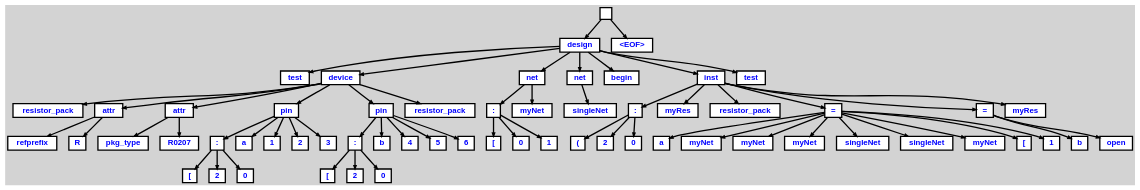
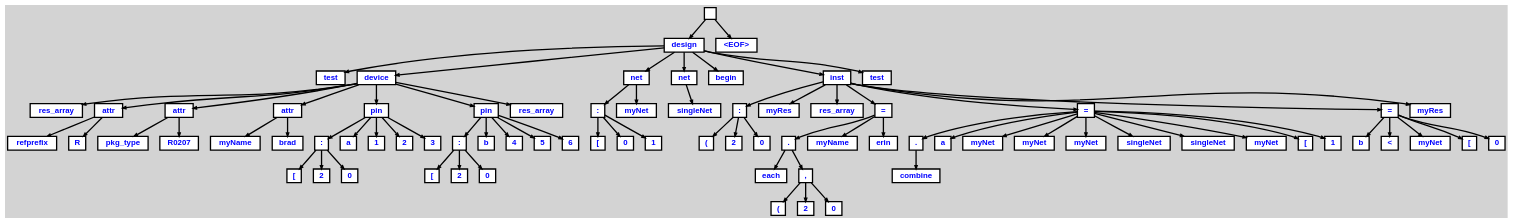
One commit to Augertron/PHDL.eclipse changed the diagram in projects/test_ast.dot. Above: the diagram before and after it, drawn with Graphviz. The commit also changed 14 other files, not shown here.

Commit message:
Got "each" syntax working for attribute assignments.  Now working on "each" and "combine" syntax for pin assignments.

```diff
--- a/projects/test_ast.dot
+++ b/projects/test_ast.dot
@@ -1,149 +1,188 @@
 digraph {
 
 	ordering=out;
 	ranksep=.4;
 	bgcolor="lightgrey"; node [shape=box, fixedsize=false, fontsize=12, fontname="Helvetica-bold", fontcolor="blue"
 		width=.25, height=.25, color="black", fillcolor="white", style="filled, solid, bold"];
 	edge [arrowsize=.5, color="black", style="bold"]
 
   n0 [label=""];
   n1 [label="design"];
   n1 [label="design"];
   n2 [label="test"];
   n3 [label="device"];
   n3 [label="device"];
-  n4 [label="resistor_pack"];
+  n4 [label="res_array"];
   n5 [label="attr"];
   n5 [label="attr"];
   n6 [label="refprefix"];
   n7 [label="R"];
   n8 [label="attr"];
   n8 [label="attr"];
   n9 [label="pkg_type"];
   n10 [label="R0207"];
-  n11 [label="pin"];
-  n11 [label="pin"];
-  n12 [label=":"];
-  n12 [label=":"];
-  n13 [label="["];
-  n14 [label="2"];
-  n15 [label="0"];
-  n16 [label="a"];
-  n17 [label="1"];
-  n18 [label="2"];
-  n19 [label="3"];
-  n20 [label="pin"];
-  n20 [label="pin"];
-  n21 [label=":"];
-  n21 [label=":"];
-  n22 [label="["];
-  n23 [label="2"];
-  n24 [label="0"];
-  n25 [label="b"];
-  n26 [label="4"];
-  n27 [label="5"];
-  n28 [label="6"];
-  n29 [label="resistor_pack"];
-  n30 [label="net"];
-  n30 [label="net"];
-  n31 [label=":"];
-  n31 [label=":"];
-  n32 [label="["];
-  n33 [label="0"];
-  n34 [label="1"];
-  n35 [label="myNet"];
-  n36 [label="net"];
-  n36 [label="net"];
-  n37 [label="singleNet"];
-  n38 [label="begin"];
-  n39 [label="inst"];
-  n39 [label="inst"];
-  n40 [label=":"];
-  n40 [label=":"];
-  n41 [label="("];
-  n42 [label="2"];
-  n43 [label="0"];
-  n44 [label="myRes"];
-  n45 [label="resistor_pack"];
-  n46 [label="="];
-  n46 [label="="];
-  n47 [label="a"];
-  n48 [label="myNet"];
-  n49 [label="myNet"];
-  n50 [label="myNet"];
-  n51 [label="singleNet"];
-  n52 [label="singleNet"];
-  n53 [label="myNet"];
-  n54 [label="["];
-  n55 [label="1"];
-  n56 [label="="];
-  n56 [label="="];
-  n57 [label="b"];
-  n58 [label="open"];
-  n59 [label="myRes"];
-  n60 [label="test"];
-  n61 [label="<EOF>"];
+  n11 [label="attr"];
+  n11 [label="attr"];
+  n12 [label="myName"];
+  n13 [label="brad"];
+  n14 [label="pin"];
+  n14 [label="pin"];
+  n15 [label=":"];
+  n15 [label=":"];
+  n16 [label="["];
+  n17 [label="2"];
+  n18 [label="0"];
+  n19 [label="a"];
+  n20 [label="1"];
+  n21 [label="2"];
+  n22 [label="3"];
+  n23 [label="pin"];
+  n23 [label="pin"];
+  n24 [label=":"];
+  n24 [label=":"];
+  n25 [label="["];
+  n26 [label="2"];
+  n27 [label="0"];
+  n28 [label="b"];
+  n29 [label="4"];
+  n30 [label="5"];
+  n31 [label="6"];
+  n32 [label="res_array"];
+  n33 [label="net"];
+  n33 [label="net"];
+  n34 [label=":"];
+  n34 [label=":"];
+  n35 [label="["];
+  n36 [label="0"];
+  n37 [label="1"];
+  n38 [label="myNet"];
+  n39 [label="net"];
+  n39 [label="net"];
+  n40 [label="singleNet"];
+  n41 [label="begin"];
+  n42 [label="inst"];
+  n42 [label="inst"];
+  n43 [label=":"];
+  n43 [label=":"];
+  n44 [label="("];
+  n45 [label="2"];
+  n46 [label="0"];
+  n47 [label="myRes"];
+  n48 [label="res_array"];
+  n49 [label="="];
+  n49 [label="="];
+  n50 [label="."];
+  n50 [label="."];
+  n51 [label="each"];
+  n52 [label=","];
+  n52 [label=","];
+  n53 [label="("];
+  n54 [label="2"];
+  n55 [label="0"];
+  n56 [label="myName"];
+  n57 [label="erin"];
+  n58 [label="="];
+  n58 [label="="];
+  n59 [label="."];
+  n59 [label="."];
+  n60 [label="combine"];
+  n61 [label="a"];
+  n62 [label="myNet"];
+  n63 [label="myNet"];
+  n64 [label="myNet"];
+  n65 [label="singleNet"];
+  n66 [label="singleNet"];
+  n67 [label="myNet"];
+  n68 [label="["];
+  n69 [label="1"];
+  n70 [label="="];
+  n70 [label="="];
+  n71 [label="b"];
+  n72 [label="<"];
+  n73 [label="myNet"];
+  n74 [label="["];
+  n75 [label="0"];
+  n76 [label="myRes"];
+  n77 [label="test"];
+  n78 [label="<EOF>"];
 
   n0 -> n1 // "" -> "design"
   n1 -> n2 // "design" -> "test"
   n1 -> n3 // "design" -> "device"
-  n3 -> n4 // "device" -> "resistor_pack"
+  n3 -> n4 // "device" -> "res_array"
   n3 -> n5 // "device" -> "attr"
   n5 -> n6 // "attr" -> "refprefix"
   n5 -> n7 // "attr" -> "R"
   n3 -> n8 // "device" -> "attr"
   n8 -> n9 // "attr" -> "pkg_type"
   n8 -> n10 // "attr" -> "R0207"
-  n3 -> n11 // "device" -> "pin"
-  n11 -> n12 // "pin" -> ":"
-  n12 -> n13 // ":" -> "["
-  n12 -> n14 // ":" -> "2"
-  n12 -> n15 // ":" -> "0"
-  n11 -> n16 // "pin" -> "a"
-  n11 -> n17 // "pin" -> "1"
-  n11 -> n18 // "pin" -> "2"
-  n11 -> n19 // "pin" -> "3"
-  n3 -> n20 // "device" -> "pin"
-  n20 -> n21 // "pin" -> ":"
-  n21 -> n22 // ":" -> "["
-  n21 -> n23 // ":" -> "2"
-  n21 -> n24 // ":" -> "0"
-  n20 -> n25 // "pin" -> "b"
-  n20 -> n26 // "pin" -> "4"
-  n20 -> n27 // "pin" -> "5"
-  n20 -> n28 // "pin" -> "6"
-  n3 -> n29 // "device" -> "resistor_pack"
-  n1 -> n30 // "design" -> "net"
-  n30 -> n31 // "net" -> ":"
-  n31 -> n32 // ":" -> "["
-  n31 -> n33 // ":" -> "0"
-  n31 -> n34 // ":" -> "1"
-  n30 -> n35 // "net" -> "myNet"
-  n1 -> n36 // "design" -> "net"
-  n36 -> n37 // "net" -> "singleNet"
-  n1 -> n38 // "design" -> "begin"
-  n1 -> n39 // "design" -> "inst"
-  n39 -> n40 // "inst" -> ":"
-  n40 -> n41 // ":" -> "("
-  n40 -> n42 // ":" -> "2"
-  n40 -> n43 // ":" -> "0"
-  n39 -> n44 // "inst" -> "myRes"
-  n39 -> n45 // "inst" -> "resistor_pack"
-  n39 -> n46 // "inst" -> "="
-  n46 -> n47 // "=" -> "a"
-  n46 -> n48 // "=" -> "myNet"
-  n46 -> n49 // "=" -> "myNet"
-  n46 -> n50 // "=" -> "myNet"
-  n46 -> n51 // "=" -> "singleNet"
-  n46 -> n52 // "=" -> "singleNet"
-  n46 -> n53 // "=" -> "myNet"
-  n46 -> n54 // "=" -> "["
-  n46 -> n55 // "=" -> "1"
-  n39 -> n56 // "inst" -> "="
-  n56 -> n57 // "=" -> "b"
-  n56 -> n58 // "=" -> "open"
-  n39 -> n59 // "inst" -> "myRes"
-  n1 -> n60 // "design" -> "test"
-  n0 -> n61 // "" -> "<EOF>"
+  n3 -> n11 // "device" -> "attr"
+  n11 -> n12 // "attr" -> "myName"
+  n11 -> n13 // "attr" -> "brad"
+  n3 -> n14 // "device" -> "pin"
+  n14 -> n15 // "pin" -> ":"
+  n15 -> n16 // ":" -> "["
+  n15 -> n17 // ":" -> "2"
+  n15 -> n18 // ":" -> "0"
+  n14 -> n19 // "pin" -> "a"
+  n14 -> n20 // "pin" -> "1"
+  n14 -> n21 // "pin" -> "2"
+  n14 -> n22 // "pin" -> "3"
+  n3 -> n23 // "device" -> "pin"
+  n23 -> n24 // "pin" -> ":"
+  n24 -> n25 // ":" -> "["
+  n24 -> n26 // ":" -> "2"
+  n24 -> n27 // ":" -> "0"
+  n23 -> n28 // "pin" -> "b"
+  n23 -> n29 // "pin" -> "4"
+  n23 -> n30 // "pin" -> "5"
+  n23 -> n31 // "pin" -> "6"
+  n3 -> n32 // "device" -> "res_array"
+  n1 -> n33 // "design" -> "net"
+  n33 -> n34 // "net" -> ":"
+  n34 -> n35 // ":" -> "["
+  n34 -> n36 // ":" -> "0"
+  n34 -> n37 // ":" -> "1"
+  n33 -> n38 // "net" -> "myNet"
+  n1 -> n39 // "design" -> "net"
+  n39 -> n40 // "net" -> "singleNet"
+  n1 -> n41 // "design" -> "begin"
+  n1 -> n42 // "design" -> "inst"
+  n42 -> n43 // "inst" -> ":"
+  n43 -> n44 // ":" -> "("
+  n43 -> n45 // ":" -> "2"
+  n43 -> n46 // ":" -> "0"
+  n42 -> n47 // "inst" -> "myRes"
+  n42 -> n48 // "inst" -> "res_array"
+  n42 -> n49 // "inst" -> "="
+  n49 -> n50 // "=" -> "."
+  n50 -> n51 // "." -> "each"
+  n50 -> n52 // "." -> ","
+  n52 -> n53 // "," -> "("
+  n52 -> n54 // "," -> "2"
+  n52 -> n55 // "," -> "0"
+  n49 -> n56 // "=" -> "myName"
+  n49 -> n57 // "=" -> "erin"
+  n42 -> n58 // "inst" -> "="
+  n58 -> n59 // "=" -> "."
+  n59 -> n60 // "." -> "combine"
+  n58 -> n61 // "=" -> "a"
+  n58 -> n62 // "=" -> "myNet"
+  n58 -> n63 // "=" -> "myNet"
+  n58 -> n64 // "=" -> "myNet"
+  n58 -> n65 // "=" -> "singleNet"
+  n58 -> n66 // "=" -> "singleNet"
+  n58 -> n67 // "=" -> "myNet"
+  n58 -> n68 // "=" -> "["
+  n58 -> n69 // "=" -> "1"
+  n42 -> n70 // "inst" -> "="
+  n70 -> n71 // "=" -> "b"
+  n70 -> n72 // "=" -> "<"
+  n70 -> n73 // "=" -> "myNet"
+  n70 -> n74 // "=" -> "["
+  n70 -> n75 // "=" -> "0"
+  n42 -> n76 // "inst" -> "myRes"
+  n1 -> n77 // "design" -> "test"
+  n0 -> n78 // "" -> "<EOF>"
 
 }
```
